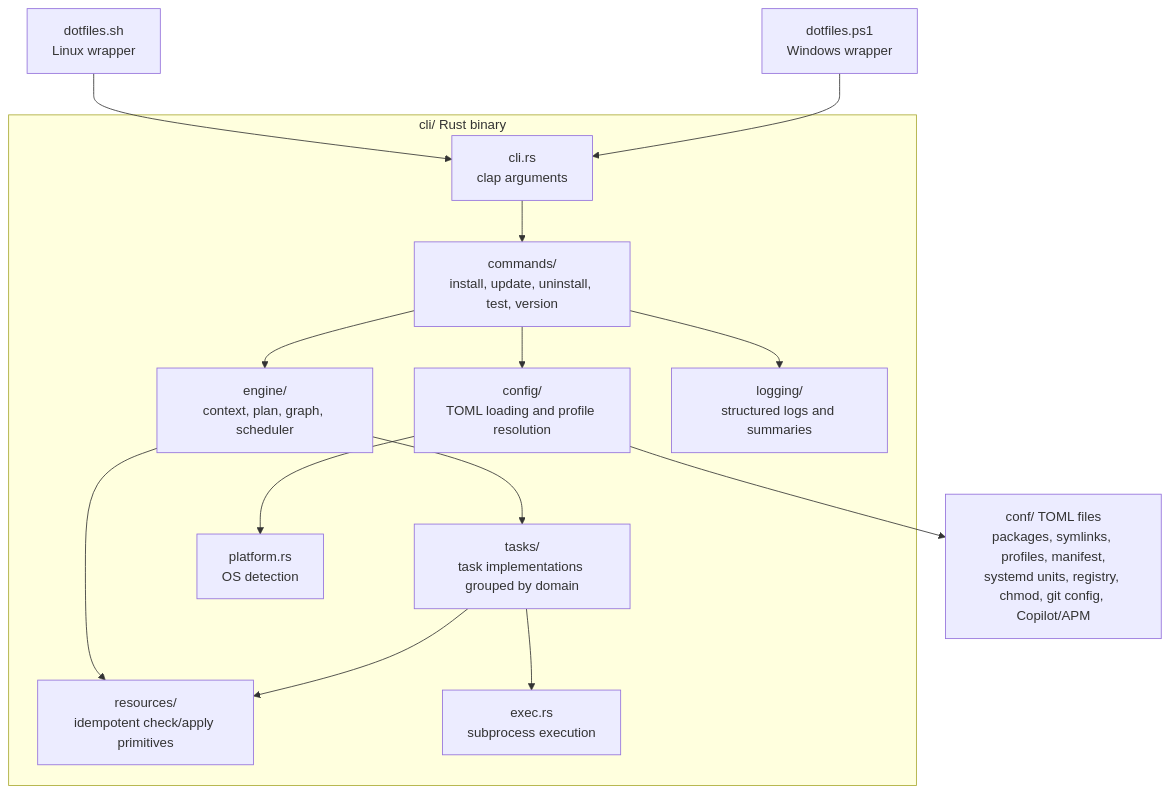
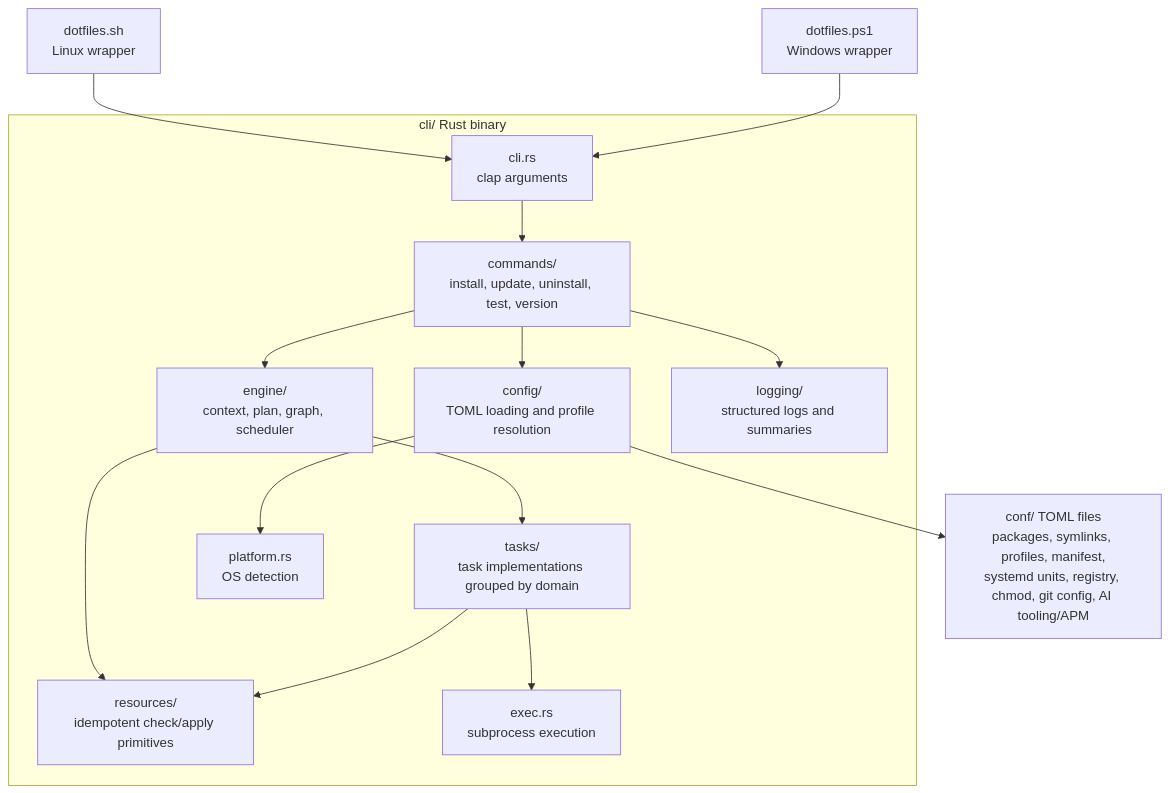
One commit to sneivandt/dotfiles changed the diagram in docs/ARCHITECTURE.md. Above: the diagram before and after it, drawn with Mermaid. The commit also changed other lines of this file and 29 other files, not shown here.

````diff
--- a/docs/ARCHITECTURE.md
+++ b/docs/ARCHITECTURE.md
@@ -54,31 +54,31 @@
 ```mermaid
 flowchart TD
     linux["dotfiles.sh<br/>Linux wrapper"]
     windows["dotfiles.ps1<br/>Windows wrapper"]
 
     linux --> cli
     windows --> cli
 
     subgraph rust_binary["cli/ Rust binary"]
         cli["cli.rs<br/>clap arguments"]
         commands["commands/<br/>install, update, uninstall, test, version"]
         config["config/<br/>TOML loading and profile resolution"]
         engine["engine/<br/>context, plan, graph, scheduler"]
         resources["resources/<br/>idempotent check/apply primitives"]
         tasks["tasks/<br/>task implementations grouped by domain"]
         platform["platform.rs<br/>OS detection"]
         logging["logging/<br/>structured logs and summaries"]
         exec["exec.rs<br/>subprocess execution"]
     end
 
     cli --> commands
     commands --> config
     commands --> engine
     engine --> tasks
     engine --> resources
     tasks --> resources
     tasks --> exec
     config --> platform
     commands --> logging
-    config --> conf["conf/ TOML files<br/>packages, symlinks, profiles, manifest,<br/>systemd units, registry, chmod, git config, Copilot/APM"]
+    config --> conf["conf/ TOML files<br/>packages, symlinks, profiles, manifest,<br/>systemd units, registry, chmod, git config, AI tooling/APM"]
 ```
````
